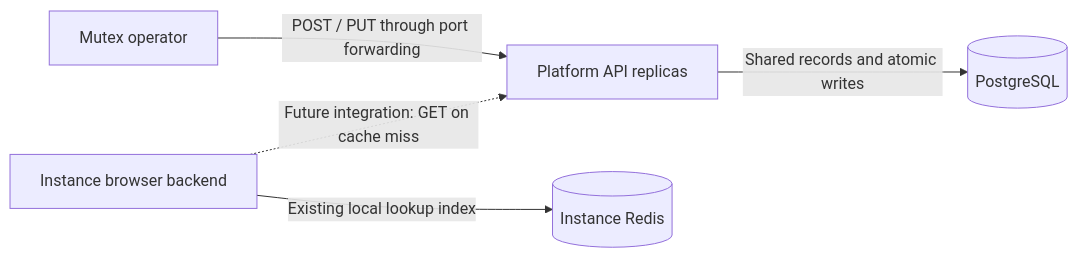
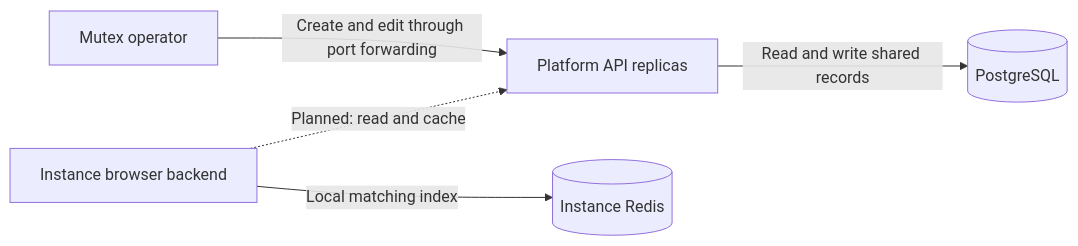
Before and after one commit to mutex-ai/mutexai-browser-platform: the diagram in docs/adrs/adr-002-application-registry.md, drawn with Mermaid. The commit also changed other lines of this file and 10 other files, not shown here.

Commit message:
Harden registry validation and simplify architecture docs

````diff
--- a/docs/adrs/adr-002-application-registry.md
+++ b/docs/adrs/adr-002-application-registry.md
@@ -19,7 +17,7 @@
 ```mermaid
 flowchart LR
-    operator["Mutex operator"] -->|"POST / PUT through port forwarding"| platform["Platform API replicas"]
-    cp["Instance browser backend"] -.->|"Future integration: GET on cache miss"| platform
-    platform -->|"Shared records and atomic writes"| postgres[("PostgreSQL")]
-    cp -->|"Existing local lookup index"| redis[("Instance Redis")]
+    operator["Mutex operator"] -->|"Create and edit through port forwarding"| platform["Platform API replicas"]
+    cp["Instance browser backend"] -.->|"Planned: read and cache"| platform
+    platform -->|"Read and write shared records"| postgres[("PostgreSQL")]
+    cp -->|"Local matching index"| redis[("Instance Redis")]
 ```
````
